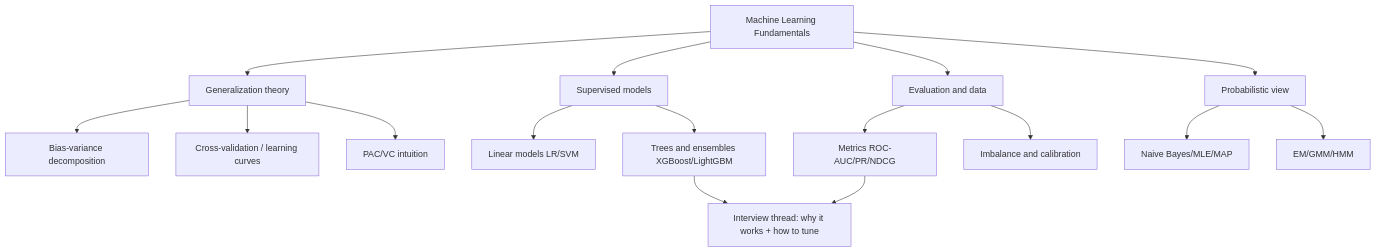
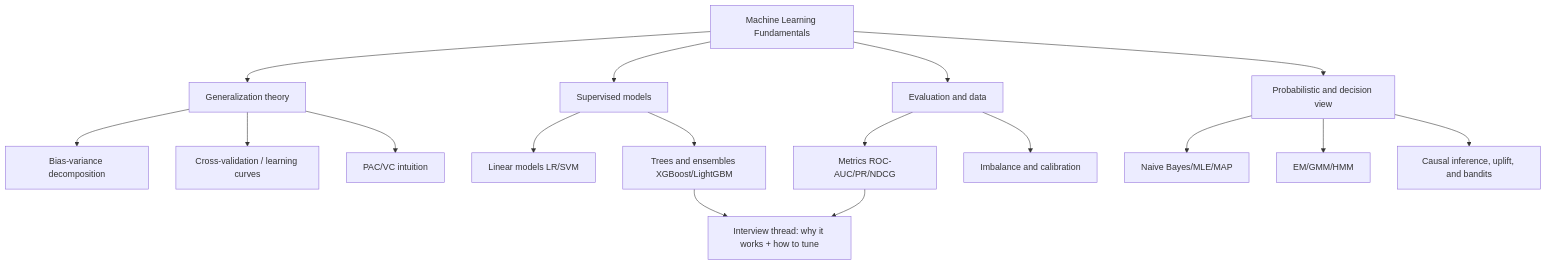
The diagram in docs/01-ml-fundamentals/README.md (chua5683/MLE_Learnings), drawn with Mermaid before and after one commit. The commit also changed other lines of this file and 29 other files, not shown here.

````diff
--- a/docs/01-ml-fundamentals/README.md
+++ b/docs/01-ml-fundamentals/README.md
@@ -20,18 +20,19 @@
 ```mermaid
 flowchart TD
-    A[Machine Learning Fundamentals] --> B[Generalization theory]
-    A --> C[Supervised models]
-    A --> D[Evaluation and data]
-    A --> E[Probabilistic view]
-    B --> B1[Bias-variance decomposition]
-    B --> B2[Cross-validation / learning curves]
-    B --> B3[PAC/VC intuition]
-    C --> C1[Linear models LR/SVM]
-    C --> C2[Trees and ensembles XGBoost/LightGBM]
-    D --> D1[Metrics ROC-AUC/PR/NDCG]
-    D --> D2[Imbalance and calibration]
-    E --> E1[Naive Bayes/MLE/MAP]
-    E --> E2[EM/GMM/HMM]
+    A["Machine Learning Fundamentals"] --> B["Generalization theory"]
+    A --> C["Supervised models"]
+    A --> D["Evaluation and data"]
+    A --> E["Probabilistic and decision view"]
+    B --> B1["Bias-variance decomposition"]
+    B --> B2["Cross-validation / learning curves"]
+    B --> B3["PAC/VC intuition"]
+    C --> C1["Linear models LR/SVM"]
+    C --> C2["Trees and ensembles XGBoost/LightGBM"]
+    D --> D1["Metrics ROC-AUC/PR/NDCG"]
+    D --> D2["Imbalance and calibration"]
+    E --> E1["Naive Bayes/MLE/MAP"]
+    E --> E2["EM/GMM/HMM"]
+    E --> E3["Causal inference, uplift, and bandits"]
     C2 --> F["Interview thread: why it works + how to tune"]
     D1 --> F
 ```
````
